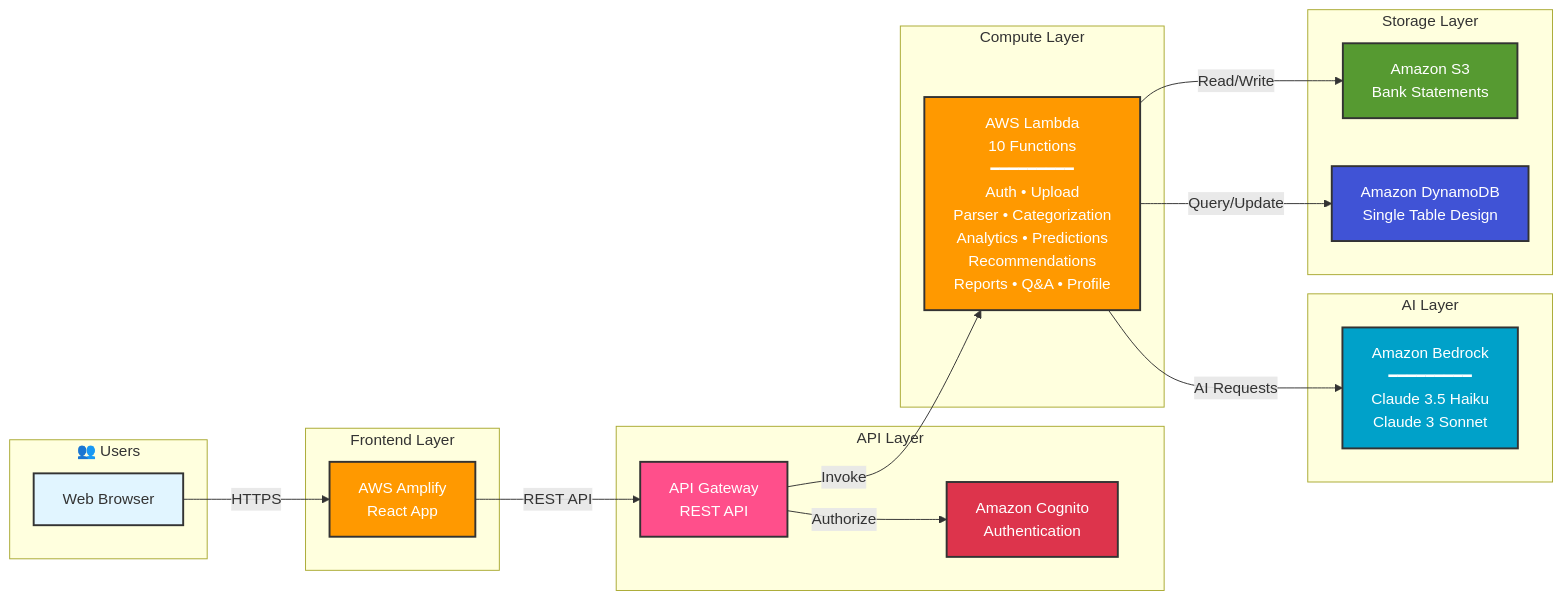
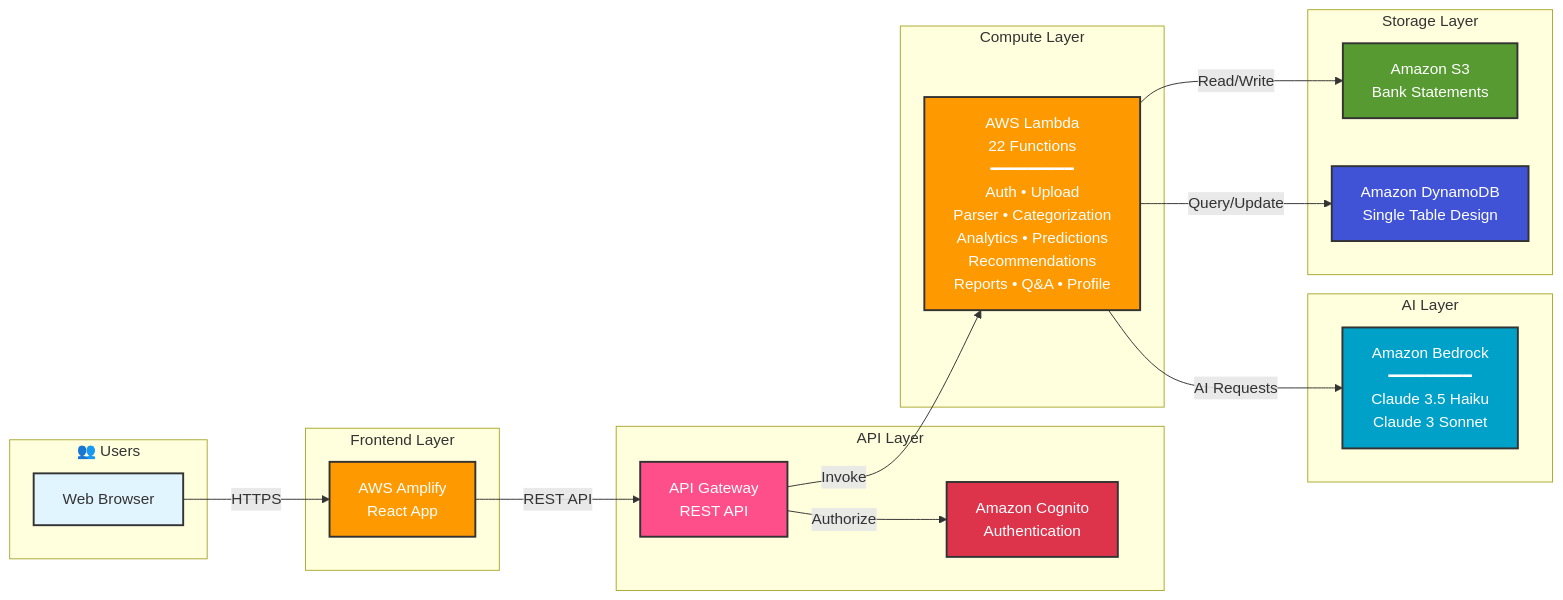
One commit to yabelyaev/N3xFin changed the first of 6 diagrams in ARCHITECTURE.md. Above: the diagram before and after it, drawn with Mermaid. The commit also changed other lines of this file, not shown here.

Commit message:
Update ARCHITECTURE.md with correct Lambda function count (22) and detailed breakdown

````diff
--- a/ARCHITECTURE.md
+++ b/ARCHITECTURE.md
@@ -5,45 +5,45 @@
 ```mermaid
 graph LR
     subgraph Users["👥 Users"]
         CLIENT[Web Browser]
     end
 
     subgraph Frontend["Frontend Layer"]
         AMPLIFY[AWS Amplify<br/>React App]
     end
 
     subgraph API["API Layer"]
         APIGW[API Gateway<br/>REST API]
         COGNITO[Amazon Cognito<br/>Authentication]
     end
 
     subgraph Compute["Compute Layer"]
-        LAMBDA[AWS Lambda<br/>10 Functions<br/>━━━━━━━━━<br/>Auth • Upload<br/>Parser • Categorization<br/>Analytics • Predictions<br/>Recommendations<br/>Reports • Q&A • Profile]
+        LAMBDA[AWS Lambda<br/>22 Functions<br/>━━━━━━━━━<br/>Auth • Upload<br/>Parser • Categorization<br/>Analytics • Predictions<br/>Recommendations<br/>Reports • Q&A • Profile]
     end
 
     subgraph AI["AI Layer"]
         BEDROCK[Amazon Bedrock<br/>━━━━━━━━━<br/>Claude 3.5 Haiku<br/>Claude 3 Sonnet]
     end
 
     subgraph Storage["Storage Layer"]
         S3[Amazon S3<br/>Bank Statements]
         DYNAMO[Amazon DynamoDB<br/>Single Table Design]
     end
 
     CLIENT -->|HTTPS| AMPLIFY
     AMPLIFY -->|REST API| APIGW
     APIGW -->|Authorize| COGNITO
     APIGW -->|Invoke| LAMBDA
     LAMBDA -->|AI Requests| BEDROCK
     LAMBDA -->|Read/Write| S3
     LAMBDA -->|Query/Update| DYNAMO
 
     style CLIENT fill:#e1f5ff,stroke:#333,stroke-width:2px
     style AMPLIFY fill:#ff9900,stroke:#333,stroke-width:2px,color:#fff
     style APIGW fill:#ff4f8b,stroke:#333,stroke-width:2px,color:#fff
     style COGNITO fill:#dd344c,stroke:#333,stroke-width:2px,color:#fff
     style LAMBDA fill:#ff9900,stroke:#333,stroke-width:2px,color:#fff
     style BEDROCK fill:#00a1c9,stroke:#333,stroke-width:2px,color:#fff
     style S3 fill:#569a31,stroke:#333,stroke-width:2px,color:#fff
     style DYNAMO fill:#4053d6,stroke:#333,stroke-width:2px,color:#fff
 ```
````
